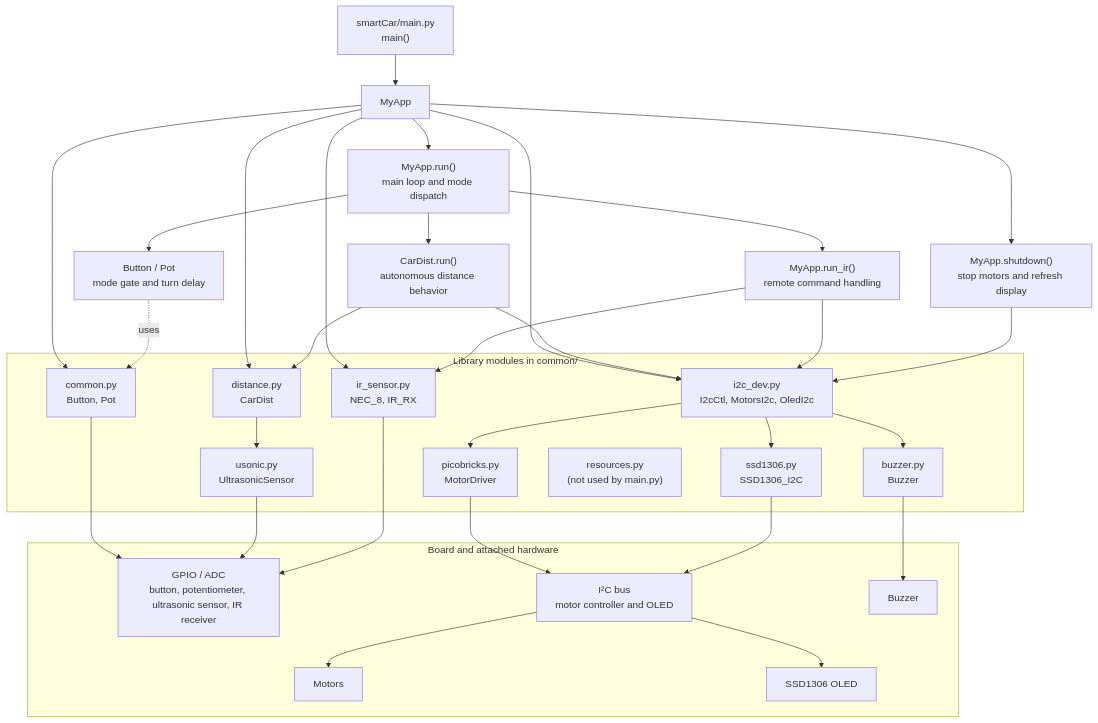
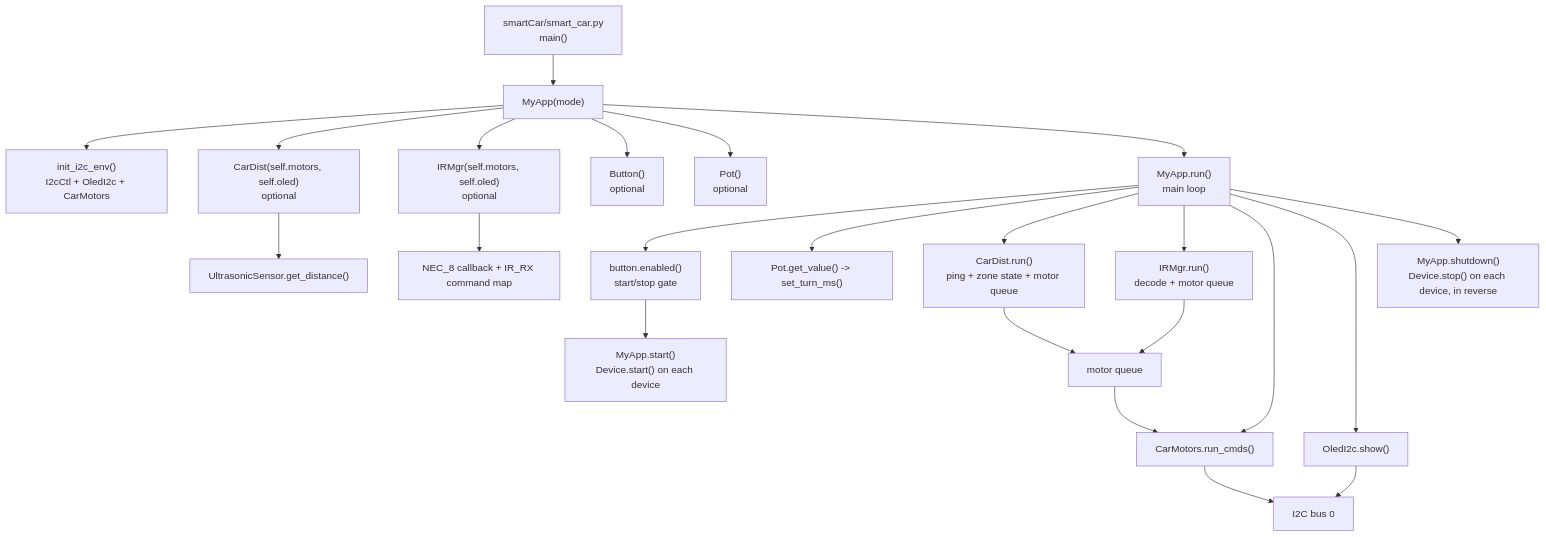
One commit to fkuhns/mybricks changed the second of 2 diagrams in smartCar/architecture.md. Above: the diagram before and after it, drawn with Mermaid. The commit also changed other lines of this file and 24 other files, not shown here.

````diff
--- a/smartCar/architecture.md
+++ b/smartCar/architecture.md
@@ -62,54 +74,31 @@
 ```mermaid
 flowchart TD
-    entry["smartCar/main.py<br/>main()"] --> app["MyApp"]
-    app --> loop["MyApp.run()<br/>main loop and mode dispatch"]
-    loop --> distance["CarDist.run()<br/>autonomous distance behavior"]
-    loop --> infrared["MyApp.run_ir()<br/>remote command handling"]
-    loop --> controls["Button / Pot<br/>mode gate and turn delay"]
-    app --> shutdown["MyApp.shutdown()<br/>stop motors and refresh display"]
+    entry["smartCar/smart_car.py<br/>main()"] --> app["MyApp(mode)"]
+    app --> init["init_i2c_env()<br/>I2cCtl + OledI2c + CarMotors"]
 
-    subgraph common["Library modules in common/"]
-        common_mod["common.py<br/>Button, Pot"]
-        distance_mod["distance.py<br/>CarDist"]
-        ultrasonic_mod["usonic.py<br/>UltrasonicSensor"]
-        ir_mod["ir_sensor.py<br/>NEC_8, IR_RX"]
-        i2c_mod["i2c_dev.py<br/>I2cCtl, MotorsI2c, OledI2c"]
-        motor_lib["picobricks.py<br/>MotorDriver"]
-        display_lib["ssd1306.py<br/>SSD1306_I2C"]
-        buzzer_lib["buzzer.py<br/>Buzzer"]
-        resources["resources.py<br/>(not used by main.py)"]
-    end
+    app --> dist["CarDist(self.motors, self.oled)<br/>optional"]
+    app --> ir["IRMgr(self.motors, self.oled)<br/>optional"]
+    app --> butt["Button()<br/>optional"]
+    app --> pot["Pot()<br/>optional"]
 
-    app --> common_mod
-    app --> distance_mod
-    app --> ir_mod
-    app --> i2c_mod
-    controls -. uses .-> common_mod
-    distance --> distance_mod
-    distance_mod --> ultrasonic_mod
-    distance --> i2c_mod
-    infrared --> ir_mod
-    infrared --> i2c_mod
-    shutdown --> i2c_mod
+    app --> loop["MyApp.run()<br/>main loop"]
 
-    i2c_mod --> motor_lib
-    i2c_mod --> display_lib
-    i2c_mod --> buzzer_lib
+    loop --> gate["button.enabled()<br/>start/stop gate"]
+    loop --> turn["Pot.get_value() -> set_turn_ms()"]
+    loop --> sonar["CarDist.run()<br/>ping + zone state + motor queue"]
+    loop --> remote["IRMgr.run()<br/>decode + motor queue"]
+    loop --> motors["CarMotors.run_cmds()"]
+    loop --> display["OledI2c.show()"]
 
-    subgraph hardware["Board and attached hardware"]
-        gpio["GPIO / ADC<br/>button, potentiometer, ultrasonic sensor, IR receiver"]
-        bus["I²C bus<br/>motor controller and OLED"]
-        motor["Motors"]
-        oled["SSD1306 OLED"]
-        sound["Buzzer"]
-    end
+    dist --> sonic["UltrasonicSensor.get_distance()"]
+    ir --> ir_rx["NEC_8 callback + IR_RX command map"]
+    sonar --> motorq["motor queue"]
+    remote --> motorq
+    motorq --> motors
 
-    common_mod --> gpio
-    ultrasonic_mod --> gpio
-    ir_mod --> gpio
-    motor_lib --> bus
-    display_lib --> bus
-    buzzer_lib --> sound
-    bus --> motor
-    bus --> oled
+    motors --> bus["I2C bus 0"]
+    display --> bus
+
+    gate --> start["MyApp.start()<br/>Device.start() on each device"]
+    loop --> shutdown["MyApp.shutdown()<br/>Device.stop() on each device, in reverse"]
 ```
````
